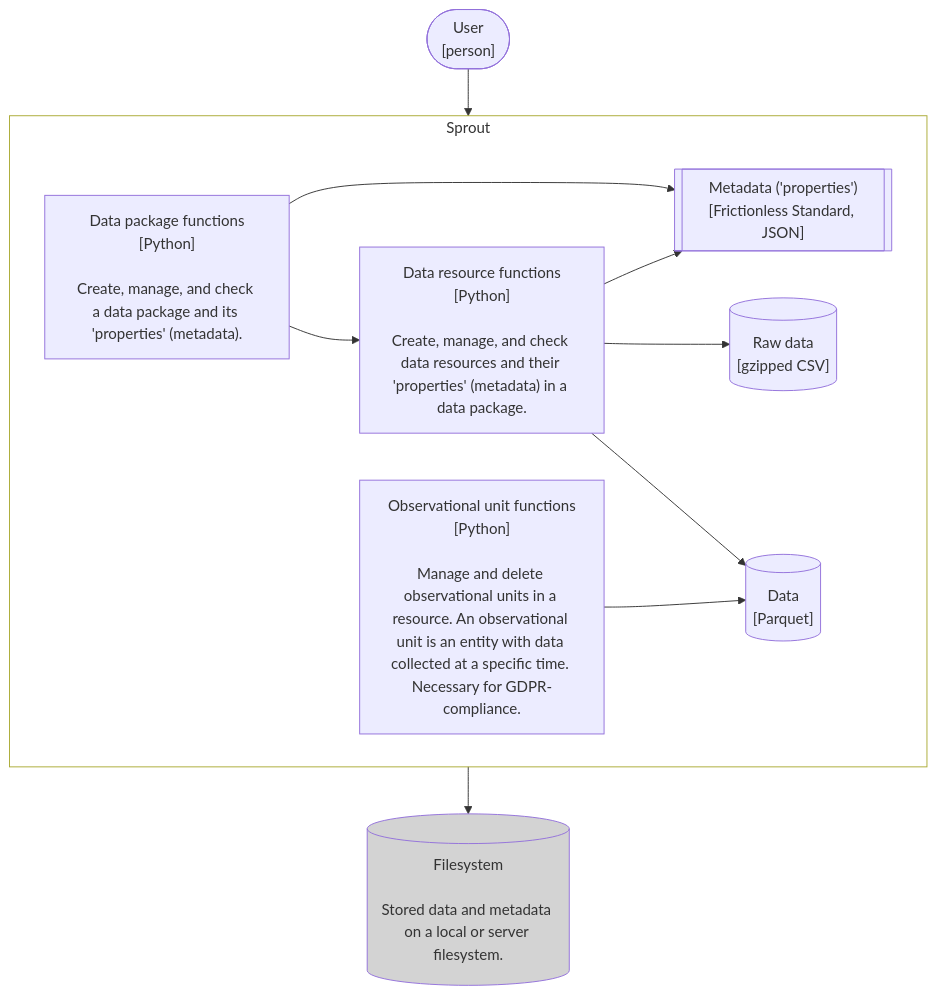
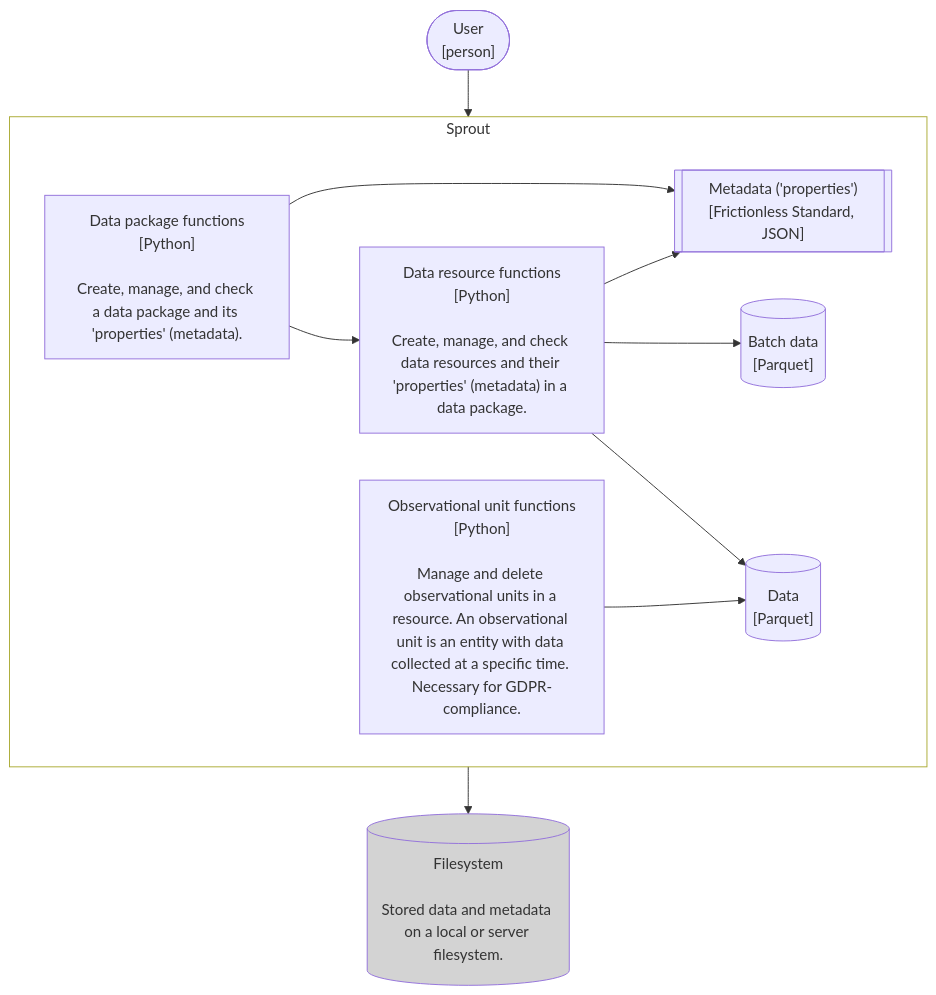
One commit to signekb/seedcase-sprout changed the second of 2 diagrams in docs/design/architecture/c4-models.qmd. Above: the diagram before and after it, drawn with Mermaid. The commit also changed 5 other files, not shown here.

First line of the commit message:
docs: :memo: revise from `raw` to `batch` in design docs (#1142)

````diff
--- a/docs/design/architecture/c4-models.qmd
+++ b/docs/design/architecture/c4-models.qmd
@@ -59,26 +59,26 @@
 ```{mermaid}
 %%| fig-cap: "C4 Container diagram showing larger functional parts of Sprout and their connections."
 flowchart TB
     user(["User<br>[person]"])
     subgraph sprout [Sprout]
         package["Data package functions<br>[Python]<br><br>Create, manage, and check a data package and its 'properties' (metadata)."]
         resource["Data resource functions<br>[Python]<br><br>Create, manage, and check data resources and their 'properties' (metadata) in a data package."]
         obs_unit["Observational unit functions<br>[Python]<br><br>Manage and delete observational units in a resource. An observational unit is an entity with data collected at a specific time. Necessary for GDPR-compliance."]
-        raw[("Raw data<br>[gzipped CSV]")]
+        batch[("Batch data<br>[Parquet]")]
         data[("Data<br>[Parquet]")]
         metadata[["Metadata ('properties')<br>[Frictionless Standard, JSON]"]]
     end
     output[("Filesystem<br><br>Stored data and metadata on a local or server filesystem.")]
 
     user --> sprout:::system
     package --> resource
     package --> metadata
-    resource --> raw
+    resource --> batch
     resource --> data
     resource --> metadata
     obs_unit --> data
     sprout --> output:::external
 
     classDef system fill:none
     classDef external fill:lightgrey
 ```
````
